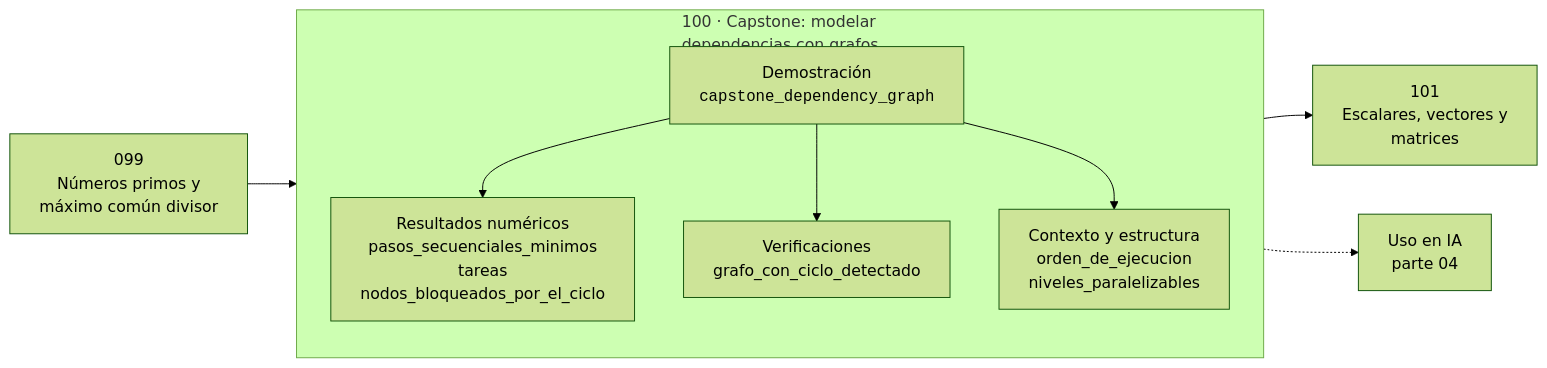
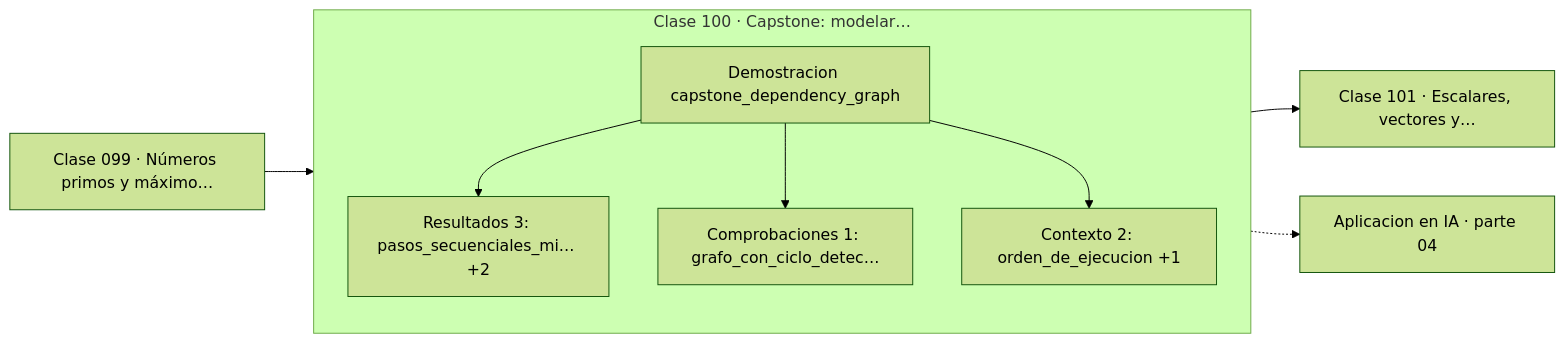
Before and after one commit to vladimiracunadev-create/computational-mathematics-program: the diagram in classes/part-04-matematica-discreta-para-computacion/100-capstone-modelar-dependencias-con-grafos/README.md, drawn with Mermaid (forest theme). The commit also changed other lines of this file and 389 other files, not shown here.

First line of the commit message:
fix(diagramas): elimina el HTML de las etiquetas Mermaid

````diff
--- a/classes/part-04-matematica-discreta-para-computacion/100-capstone-modelar-dependencias-con-grafos/README.md
+++ b/classes/part-04-matematica-discreta-para-computacion/100-capstone-modelar-dependencias-con-grafos/README.md
@@ -30,12 +35,13 @@
 ```mermaid
 flowchart LR
-    P["099<br/>Números primos y<br/>máximo común divisor"] --> C
-    subgraph C["100 · Capstone: modelar<br/>dependencias con grafos"]
+    P["Clase 099 · Números primos y máximo…"] --> D
+    subgraph CLASE["Clase 100 · Capstone: modelar…"]
         direction TB
-        D["Demostración<br/><code>capstone_dependency_graph</code>"] --> R["Resultados numéricos<br/>pasos_secuenciales_minimos<br/>tareas<br/>nodos_bloqueados_por_el_ciclo"]
-        D --> V["Verificaciones<br/>grafo_con_ciclo_detectado"]
-        D --> O["Contexto y estructura<br/>orden_de_ejecucion<br/>niveles_paralelizables"]
+        D["Demostracion capstone_dependency_graph"]
+        D --> R["Resultados 3: pasos_secuenciales_mi… +2"]
+        D --> V["Comprobaciones 1: grafo_con_ciclo_detec…"]
+        D --> O["Contexto 2: orden_de_ejecucion +1"]
     end
-    C --> N["101<br/>Escalares, vectores y<br/>matrices"]
-    C -.-> IA["Uso en IA<br/>parte 04"]
+    R --> N["Clase 101 · Escalares, vectores y…"]
+    V -.-> IA["Aplicacion en IA · parte 04"]
 ```
````
